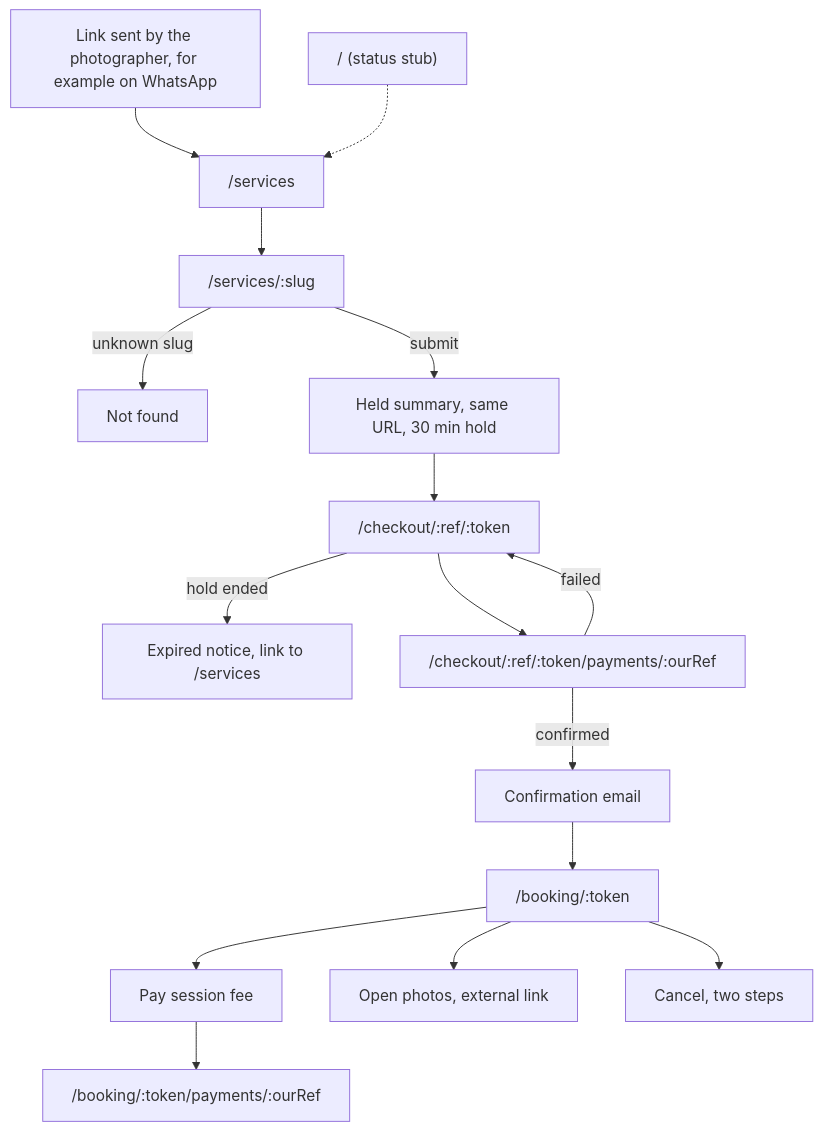
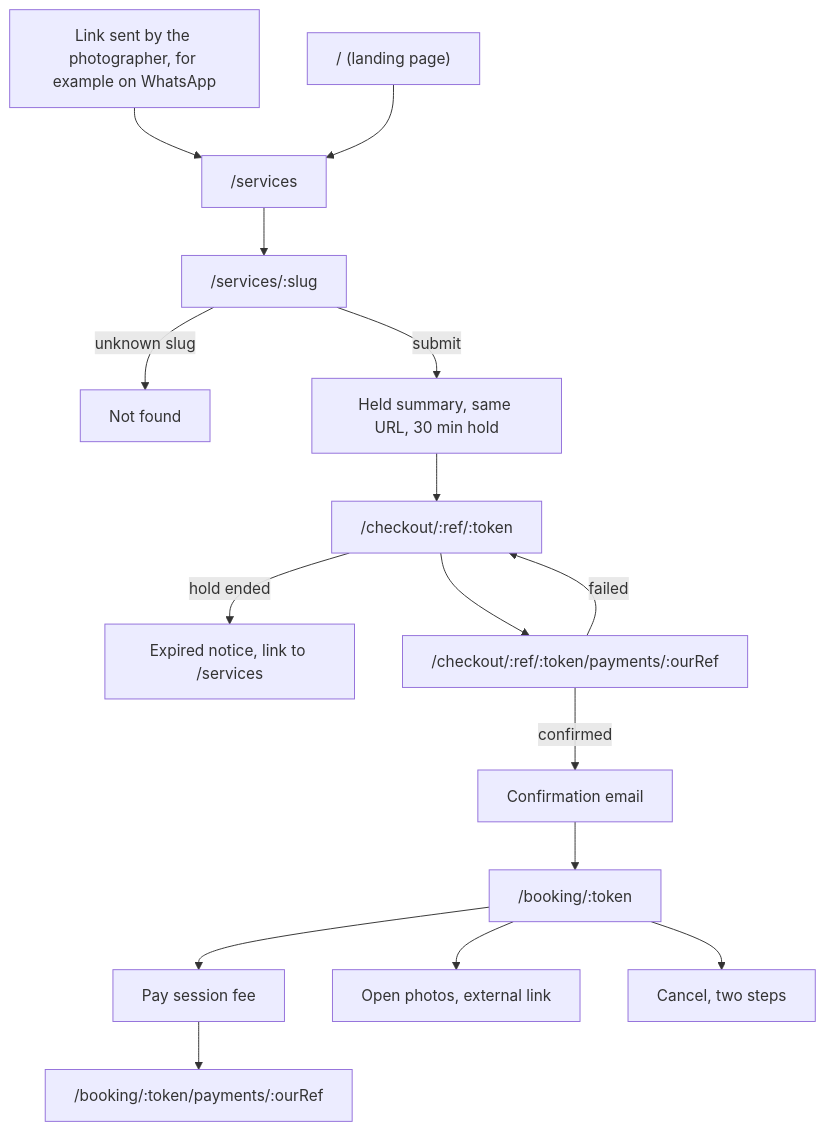
Before and after one commit to yowai-hit0/bookly: the first of 3 diagrams in docs/user-journeys.md, drawn with Mermaid. The commit also changed other lines of this file and 3 other files, not shown here.

````diff
--- a/docs/user-journeys.md
+++ b/docs/user-journeys.md
@@ -53,18 +54,18 @@
 ```mermaid
 flowchart TD
   A["Link sent by the photographer, for example on WhatsApp"] --> S["/services"]
-  H["/ (status stub)"] -.-> S
+  H["/ (landing page)"] --> S
   S --> D["/services/:slug"]
   D -->|"unknown slug"| NF["Not found"]
   D -->|"submit"| HELD["Held summary, same URL, 30 min hold"]
   HELD --> CO["/checkout/:ref/:token"]
   CO -->|"hold ended"| EXP["Expired notice, link to /services"]
   CO --> PR["/checkout/:ref/:token/payments/:ourRef"]
   PR -->|"failed"| CO
   PR -->|"confirmed"| EM["Confirmation email"]
   EM --> BK["/booking/:token"]
   BK --> SF["Pay session fee"]
   SF --> PR2["/booking/:token/payments/:ourRef"]
   BK --> PH["Open photos, external link"]
   BK --> CX["Cancel, two steps"]
 ```
````
